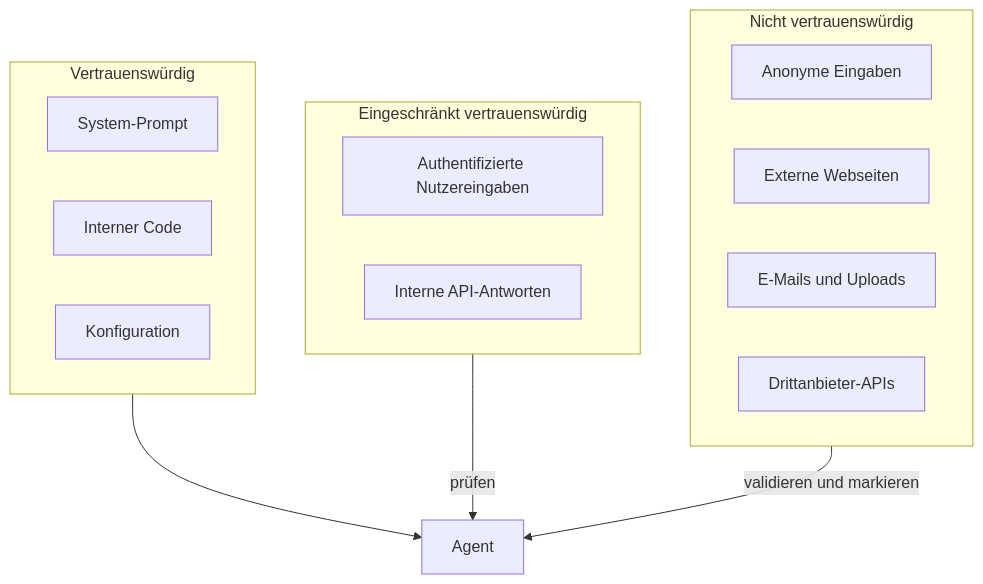
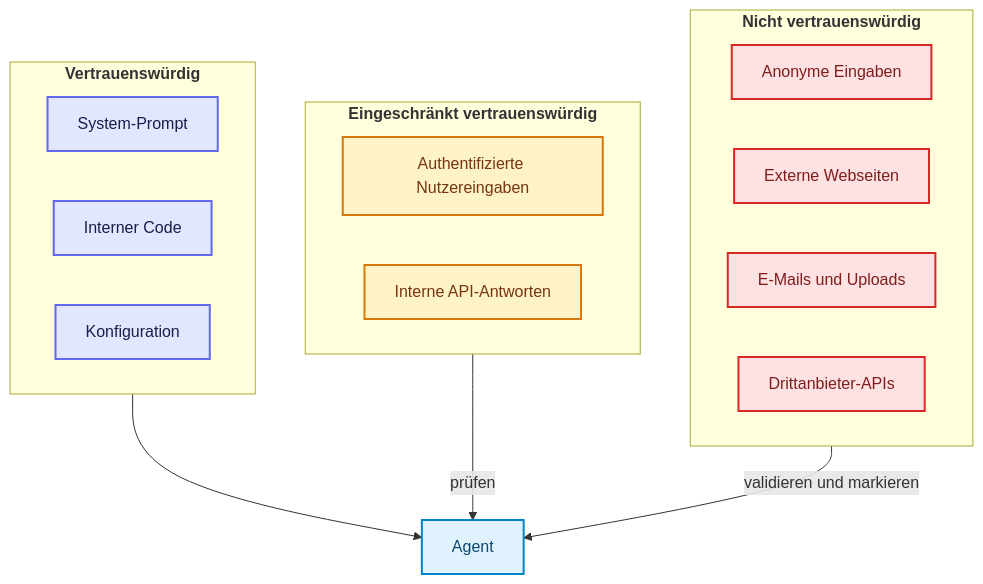
Before and after one commit to ralf-42/Agenten: the diagram in docs/07-qualitaet-sicherheit/agent-security.md, drawn with Mermaid. The commit also changed 18 other files, not shown here.

````diff
--- a/docs/07-qualitaet-sicherheit/agent-security.md
+++ b/docs/07-qualitaet-sicherheit/agent-security.md
@@ -152,22 +152,31 @@
 ```mermaid
 flowchart TB
-    subgraph HIGH["Vertrauenswürdig"]
+    subgraph HIGH["<b>Vertrauenswürdig</b>"]
         SP[System-Prompt]
         CODE[Interner Code]
         CFG[Konfiguration]
     end
-    subgraph MED["Eingeschränkt vertrauenswürdig"]
+    subgraph MED["<b>Eingeschränkt vertrauenswürdig</b>"]
         AUTH[Authentifizierte Nutzereingaben]
         IAPI[Interne API-Antworten]
     end
-    subgraph LOW["Nicht vertrauenswürdig"]
+    subgraph LOW["<b>Nicht vertrauenswürdig</b>"]
         ANON[Anonyme Eingaben]
         WEB[Externe Webseiten]
         EMAIL[E-Mails und Uploads]
         EAPI[Drittanbieter-APIs]
     end
 
     HIGH --> AGENT[Agent]
     MED -->|prüfen| AGENT
     LOW -->|validieren und markieren| AGENT
+
+    classDef default fill:#e0f2fe,stroke:#0284c7,stroke-width:2px,color:#0c4a6e;
+    classDef input fill:#e0e7ff,stroke:#6366f1,stroke-width:2px,color:#1e1b4b;
+    classDef metric fill:#fef3c7,stroke:#d97706,stroke-width:2px,color:#78350f;
+    classDef stop fill:#fee2e2,stroke:#dc2626,stroke-width:2px,color:#7f1d1d;
+
+    class SP,CODE,CFG input;
+    class AUTH,IAPI metric;
+    class ANON,WEB,EMAIL,EAPI stop;
 ```
````
